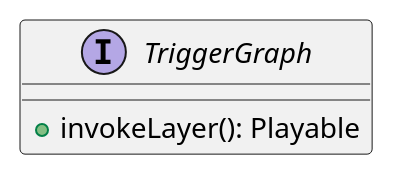
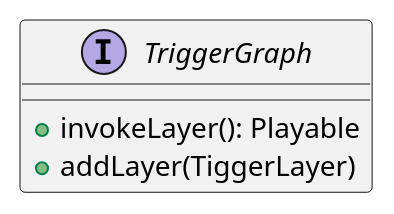
One commit to tunepruner/FingerPerc changed the fourth of 29 diagrams in app/Documentation/Declarations.puml. Above: the diagram before and after it, drawn with PlantUML. The commit also changed other lines of this file and 26 other files, not shown here.

Commit message:
Finishes basics of both prepareSequences

```diff
--- a/app/Documentation/Declarations.puml
+++ b/app/Documentation/Declarations.puml
@@ -22,5 +22,6 @@
 @startuml(id=TriggerGraph)
 interface TriggerGraph{
 +invokeLayer(): Playable
++addLayer(TiggerLayer)
 }
 @enduml
```
